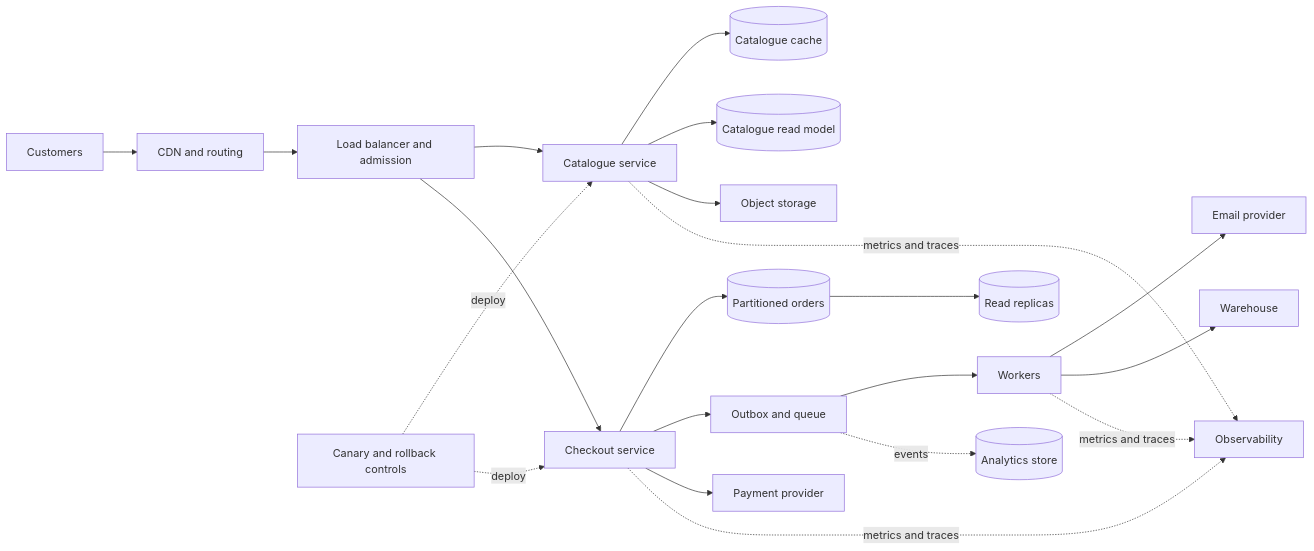
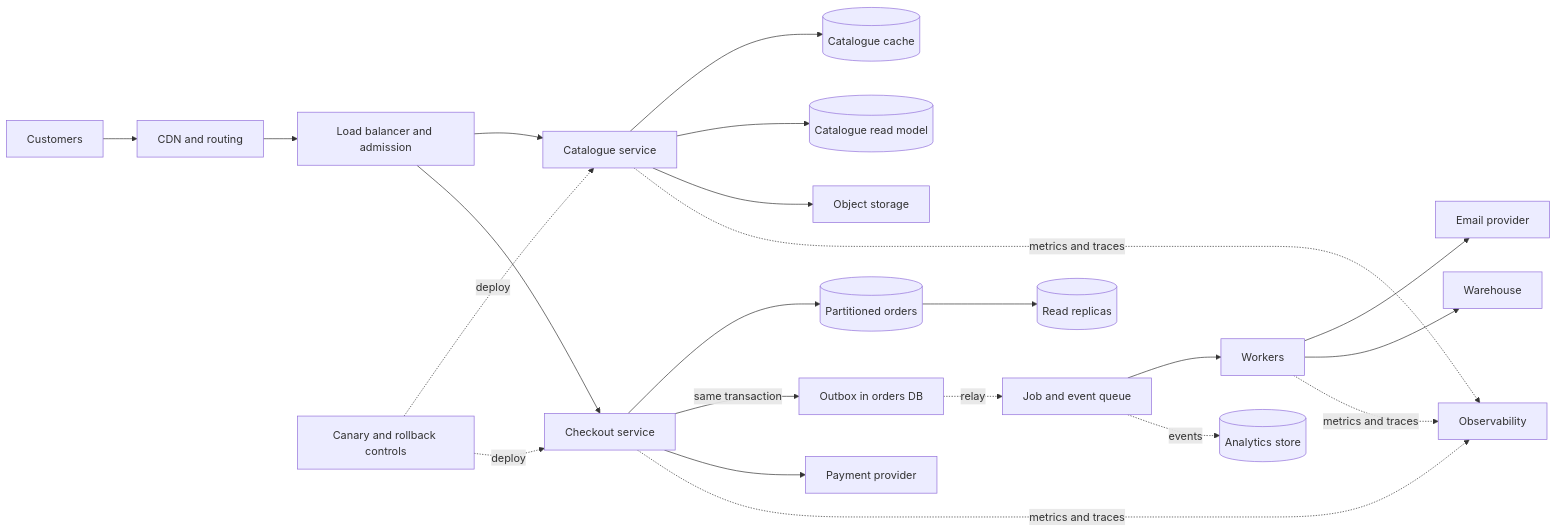
One commit to ghassan-ai-projects/scaleshop-scalability-lab changed the second of 2 diagrams in docs/architecture-spec.md. Above: the diagram before and after it, drawn with Mermaid. The commit also changed other lines of this file and 5 other files, not shown here.

````diff
--- a/docs/architecture-spec.md
+++ b/docs/architecture-spec.md
@@ -134,23 +136,24 @@
 ```mermaid
 flowchart LR
     U[Customers] --> EDGE[CDN and routing]
     EDGE --> LB[Load balancer and admission]
     LB --> CAT[Catalogue service]
     LB --> CHECK[Checkout service]
     CAT --> CACHE[(Catalogue cache)]
     CAT --> CATDATA[(Catalogue read model)]
     CHECK --> ORDERS[(Partitioned orders)]
     ORDERS --> REPLICA[(Read replicas)]
-    CHECK --> QUEUE[Outbox and queue]
+    CHECK -->|same transaction| OUTBOX[Outbox in orders DB]
+    OUTBOX -. relay .-> QUEUE[Job and event queue]
     QUEUE --> WORKERS[Workers]
     QUEUE -. events .-> ANALYTICS[(Analytics store)]
     WORKERS --> EMAIL[Email provider]
     WORKERS --> WAREHOUSE[Warehouse]
     CHECK --> PAYMENT[Payment provider]
     CAT --> OBJECTS[Object storage]
     CAT -. metrics and traces .-> OBS[Observability]
     CHECK -. metrics and traces .-> OBS
     WORKERS -. metrics and traces .-> OBS
     DELIVERY[Canary and rollback controls] -. deploy .-> CAT
     DELIVERY -. deploy .-> CHECK
 ```
````
